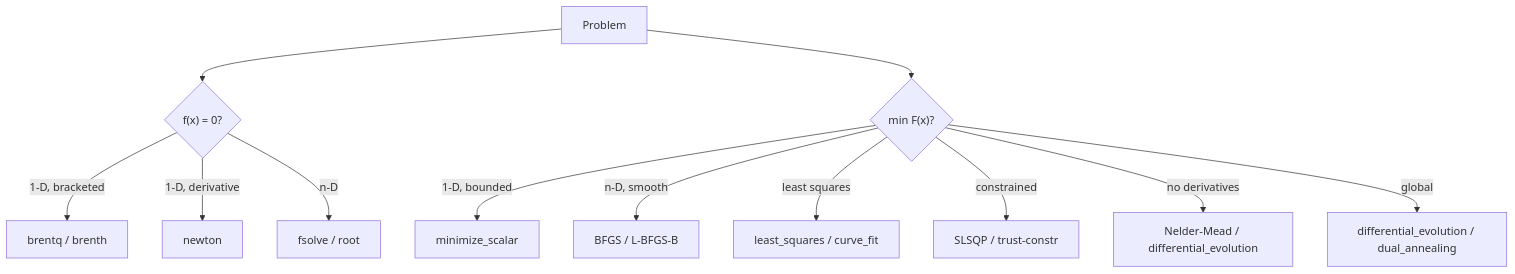
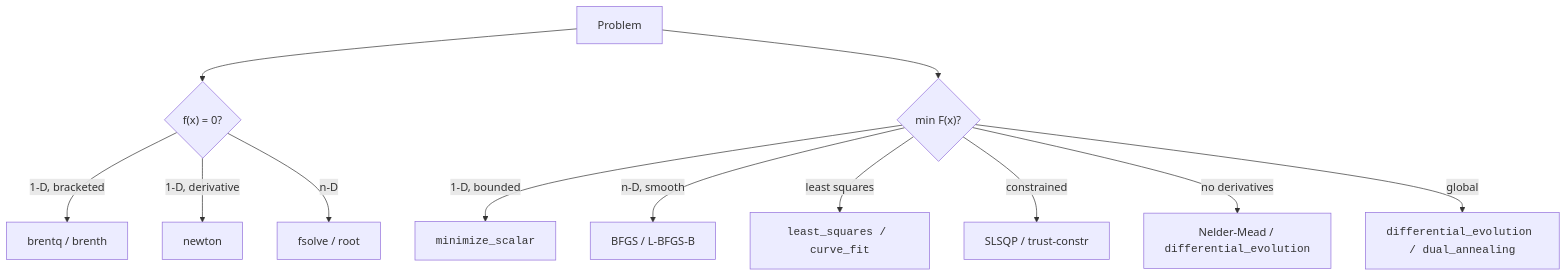
The diagram in content/learn/scientific-computing-python/root-finding-and-optimization.mdx (dataslope/dataslope), drawn with Mermaid before and after one commit. The commit also changed 218 other files, not shown here.

First line of the commit message:
Render code-only mermaid shapes in monospace; convert step sequences to Steps (#467)

````diff
--- a/content/learn/scientific-computing-python/root-finding-and-optimization.mdx
+++ b/content/learn/scientific-computing-python/root-finding-and-optimization.mdx
@@ -19,15 +19,15 @@
 ```mermaid
 flowchart TB
     P[Problem]
     P --> R{"f(x) = 0?"}
     R -- "1-D, bracketed" --> Brent[brentq / brenth]
     R -- "1-D, derivative" --> Newton1[newton]
     R -- "n-D" --> Hybr[fsolve / root]
     P --> O{"min F(x)?"}
-    O -- "1-D, bounded" --> Min1[minimize_scalar]
+    O -- "1-D, bounded" --> Min1["<code>minimize_scalar</code>"]
     O -- "n-D, smooth" --> BFGS["BFGS / L-BFGS-B"]
-    O -- "least squares" --> LS[least_squares / curve_fit]
+    O -- "least squares" --> LS["<code>least_squares / curve_fit</code>"]
     O -- "constrained" --> Con["SLSQP / trust-constr"]
-    O -- "no derivatives" --> NM[Nelder-Mead / differential_evolution]
-    O -- "global" --> Glob[differential_evolution / dual_annealing]
+    O -- "no derivatives" --> NM["Nelder-Mead / <code>differential_evolution</code>"]
+    O -- "global" --> Glob["<code>differential_evolution / dual_annealing</code>"]
 ```
````
